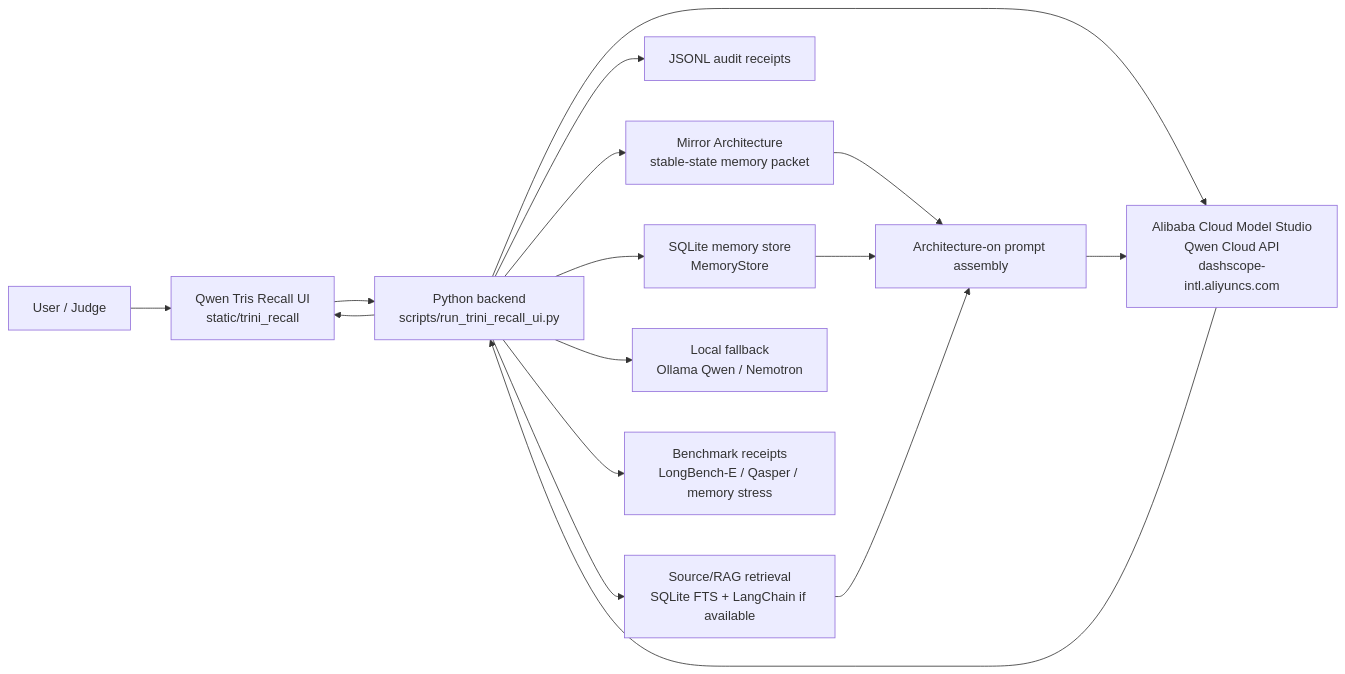
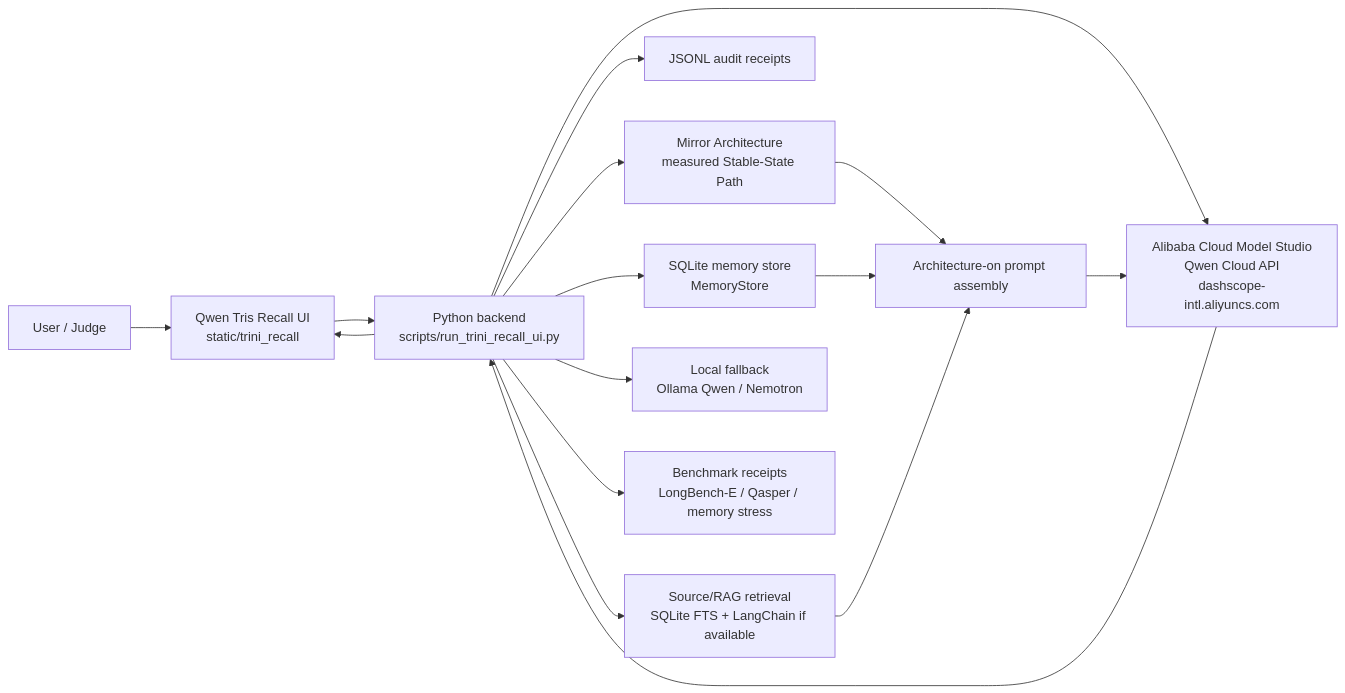
The diagram in docs/ARCHITECTURE.md (renaissancefieldlite/qwen-tris-memoryagent), drawn with Mermaid before and after one commit. The commit also changed other lines of this file and 9 other files, not shown here.

Commit message:
Clarify Mirror Architecture and SSP framing

````diff
--- a/docs/ARCHITECTURE.md
+++ b/docs/ARCHITECTURE.md
@@ -9,18 +15,18 @@
 ```mermaid
 flowchart LR
     U["User / Judge"] --> UI["Qwen Tris Recall UI<br/>static/trini_recall"]
     UI --> API["Python backend<br/>scripts/run_trini_recall_ui.py"]
     API --> MEM["SQLite memory store<br/>MemoryStore"]
     API --> AUDIT["JSONL audit receipts"]
     API --> RAG["Source/RAG retrieval<br/>SQLite FTS + LangChain if available"]
-    API --> SSP["Mirror Architecture<br/>stable-state memory packet"]
+    API --> SSP["Mirror Architecture<br/>measured Stable-State Path"]
     API --> QWEN["Alibaba Cloud Model Studio<br/>Qwen Cloud API<br/>dashscope-intl.aliyuncs.com"]
     API --> LOCAL["Local fallback<br/>Ollama Qwen / Nemotron"]
     SSP --> PROMPT["Architecture-on prompt assembly"]
     MEM --> PROMPT
     RAG --> PROMPT
     PROMPT --> QWEN
     QWEN --> API
     API --> UI
     API --> EVAL["Benchmark receipts<br/>LongBench-E / Qasper / memory stress"]
 ```
````
